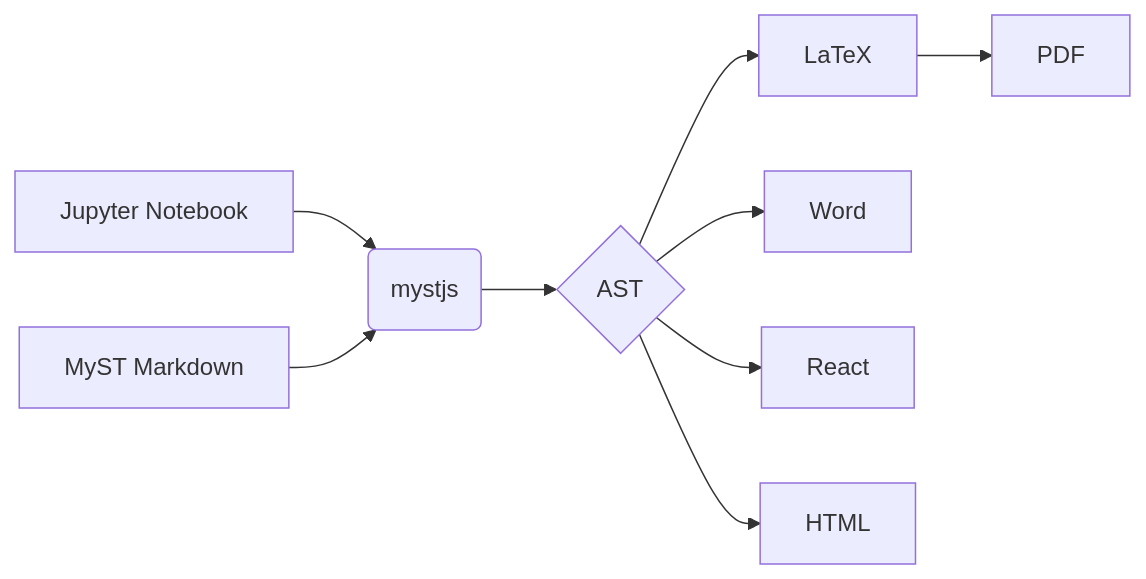
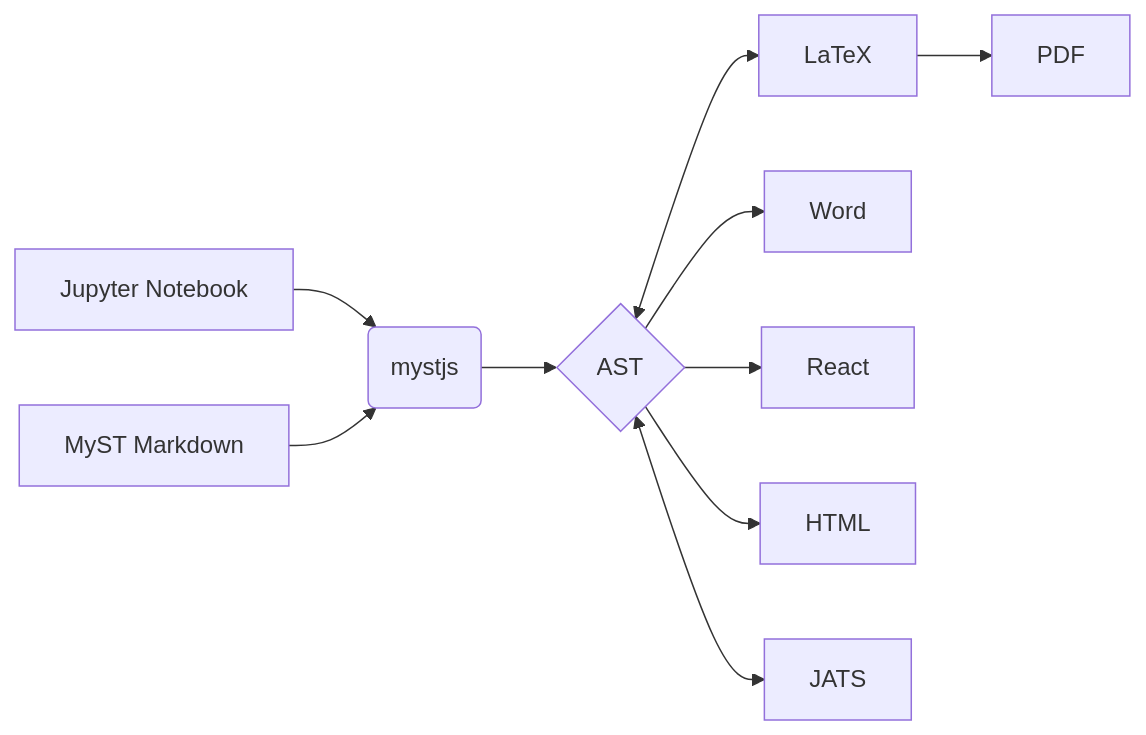
Before and after one commit to jupyter-book/mystmd: the diagram in docs/diagrams.md, drawn with Mermaid. The commit also changed other lines of this file and 3 other files, not shown here.

````diff
--- a/docs/diagrams.md
+++ b/docs/diagrams.md
@@ -24,10 +26,12 @@
 ```{mermaid}
 flowchart LR
   A[Jupyter Notebook] --> C
   B[MyST Markdown] --> C
   C(mystjs) --> D{AST}
-  D --> E[LaTeX] --> F[PDF]
+  D <--> E[LaTeX]
+  E --> F[PDF]
   D --> G[Word]
   D --> H[React]
   D --> I[HTML]
+  D <--> J[JATS]
 ```
````
